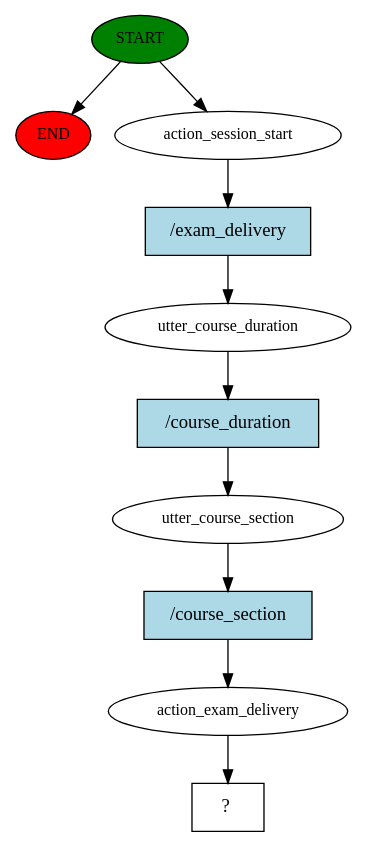
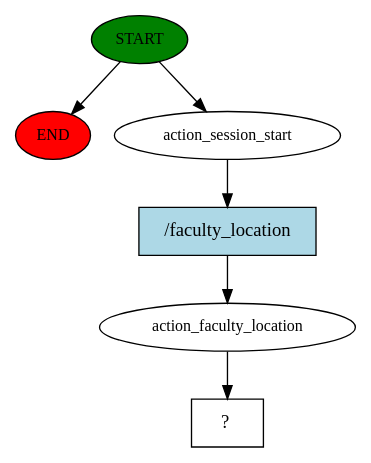
One commit to A98Rahman/COSC4P02Project changed the diagram in rasa/story_graph.dot. Above: the diagram before and after it, drawn with Graphviz. The commit also changed 16 other files, not shown here.

```diff
--- a/rasa/story_graph.dot
+++ b/rasa/story_graph.dot
@@ -1,21 +1,13 @@
 digraph  {
 0 [class="start active", fillcolor=green, fontsize=12, label=START, style=filled];
 "-1" [class=end, fillcolor=red, fontsize=12, label=END, style=filled];
 1 [class=active, fontsize=12, label=action_session_start];
-2 [class=active, fontsize=12, label=utter_course_duration];
-3 [class=active, fontsize=12, label=utter_course_section];
-4 [class=active, fontsize=12, label=action_exam_delivery];
-5 [class="intent dashed active", label="  ?  ", shape=rect];
-6 [class="intent active", fillcolor=lightblue, label="/exam_delivery", shape=rect, style=filled];
-7 [class="intent active", fillcolor=lightblue, label="/course_duration", shape=rect, style=filled];
-8 [class="intent active", fillcolor=lightblue, label="/course_section", shape=rect, style=filled];
+2 [class=active, fontsize=12, label=action_faculty_location];
+3 [class="intent dashed active", label="  ?  ", shape=rect];
+4 [class="intent active", fillcolor=lightblue, label="/faculty_location", shape=rect, style=filled];
 0 -> "-1"  [class="", key=NONE, label=""];
 0 -> 1  [class=active, key=NONE, label=""];
-1 -> 6  [class=active, key=0];
-2 -> 7  [class=active, key=0];
-3 -> 8  [class=active, key=0];
-4 -> 5  [class=active, key=NONE, label=""];
-6 -> 2  [class=active, key=0];
-7 -> 3  [class=active, key=0];
-8 -> 4  [class=active, key=0];
+1 -> 4  [class=active, key=0];
+2 -> 3  [class=active, key=NONE, label=""];
+4 -> 2  [class=active, key=0];
 }
```
